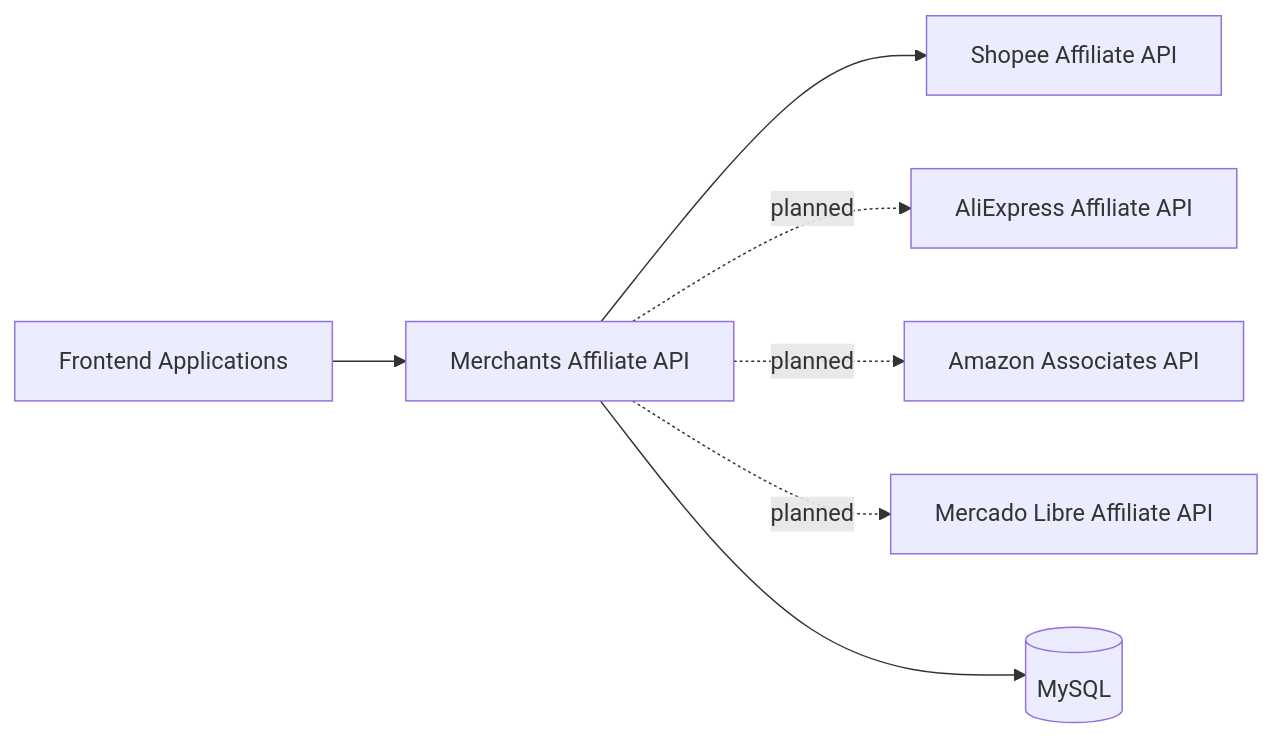
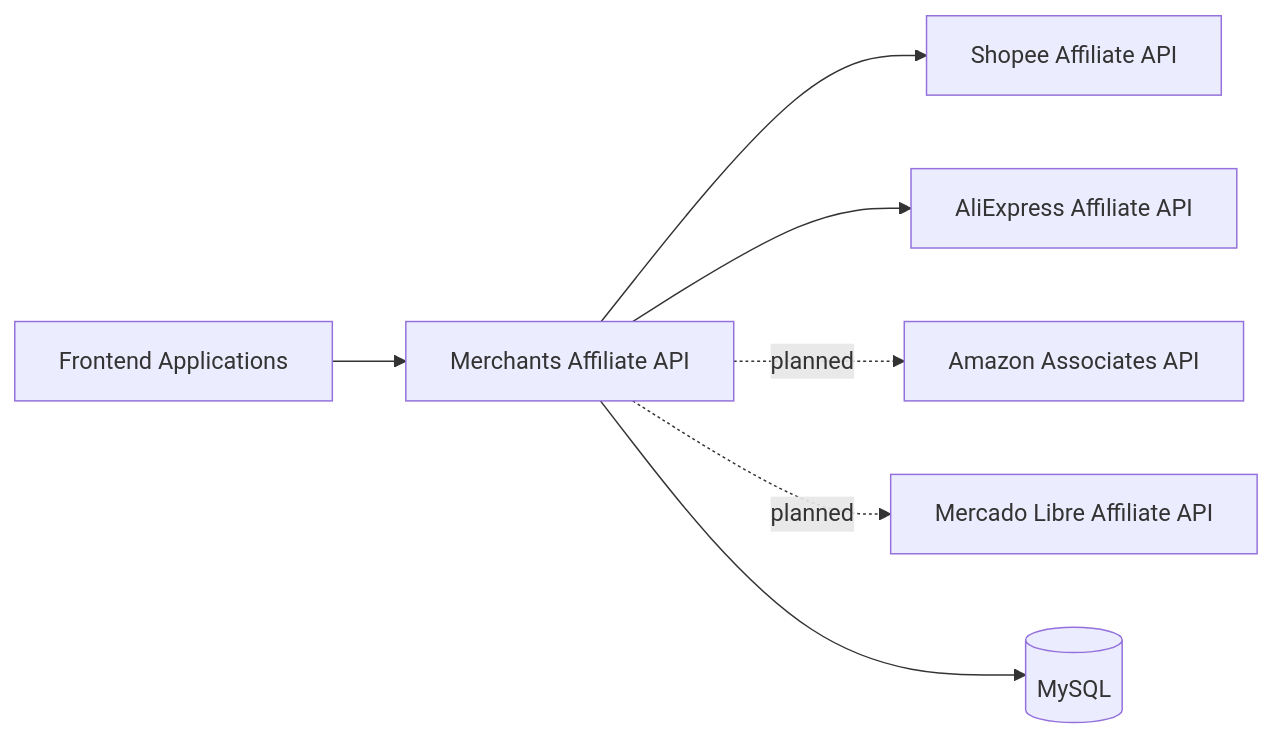
One commit to leonardodavinci2049/srv-api-merchants-v1 changed the diagram in README.md. Above: the diagram before and after it, drawn with Mermaid. The commit also changed other lines of this file and 32 other files, not shown here.

Commit message:
feat: implement AliExpress integration with core API client, DTO validation utilities, and service operations.

````diff
--- a/README.md
+++ b/README.md
@@ -18,9 +18,9 @@
 ```mermaid
 flowchart LR
     A[Frontend Applications] --> B[Merchants Affiliate API]
     B --> C[Shopee Affiliate API]
-    B -. planned .-> D[AliExpress Affiliate API]
+    B --> D[AliExpress Affiliate API]
     B -. planned .-> E[Amazon Associates API]
     B -. planned .-> F[Mercado Libre Affiliate API]
     B --> G[(MySQL)]
 ```
````
